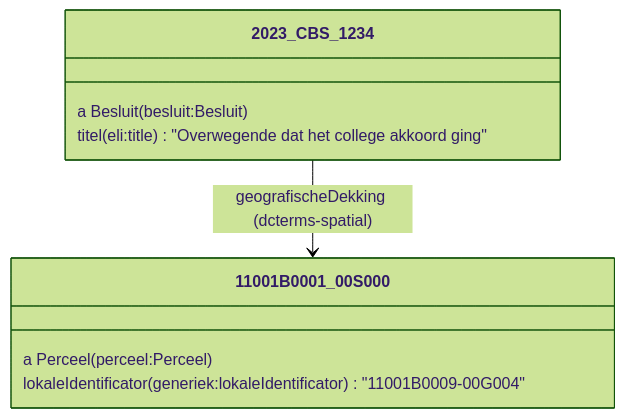
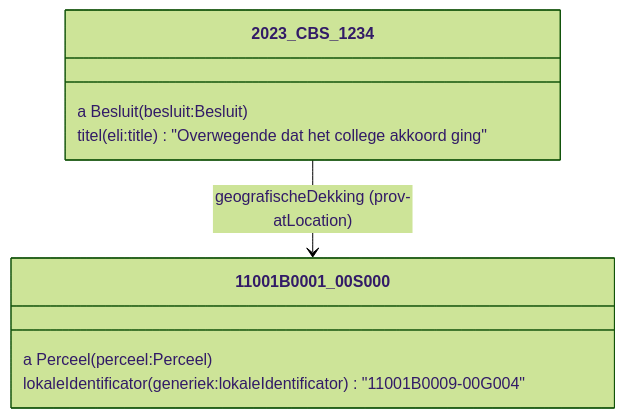
Before and after one commit to Informatievlaanderen/OSLOthema-slimmeRaadpleegOmgeving: the sixth of 15 diagrams in README.md, drawn with Mermaid (forest theme). The commit also changed other lines of this file, not shown here.

Commit message:
update dcterms:spatial to prov:atLocation

````diff
--- a/README.md
+++ b/README.md
@@ -199,12 +199,12 @@
 ```mermaid
 classDiagram
-    2023_CBS_1234 --> 11001B0001_00S000: geografischeDekking (dcterms-spatial)
+    2023_CBS_1234 --> 11001B0001_00S000: geografischeDekking (prov-atLocation)
     class 2023_CBS_1234 {
           a Besluit (besluit:Besluit)
           titel (eli:title) "Overwegende dat het college akkoord ging"
     }
     class 11001B0001_00S000 {
         a Perceel (perceel:Perceel)
         lokaleIdentificator (generiek:lokaleIdentificator) "11001B0009-00G004"
     }
 ```
````
